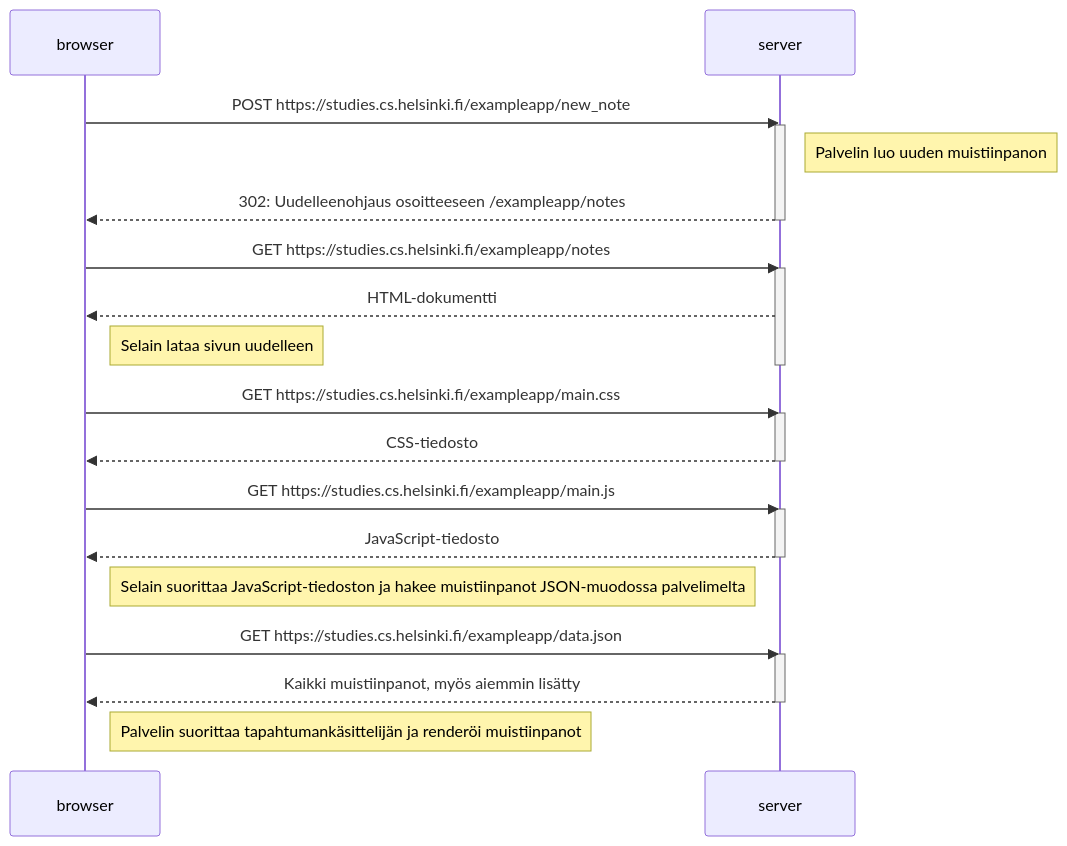
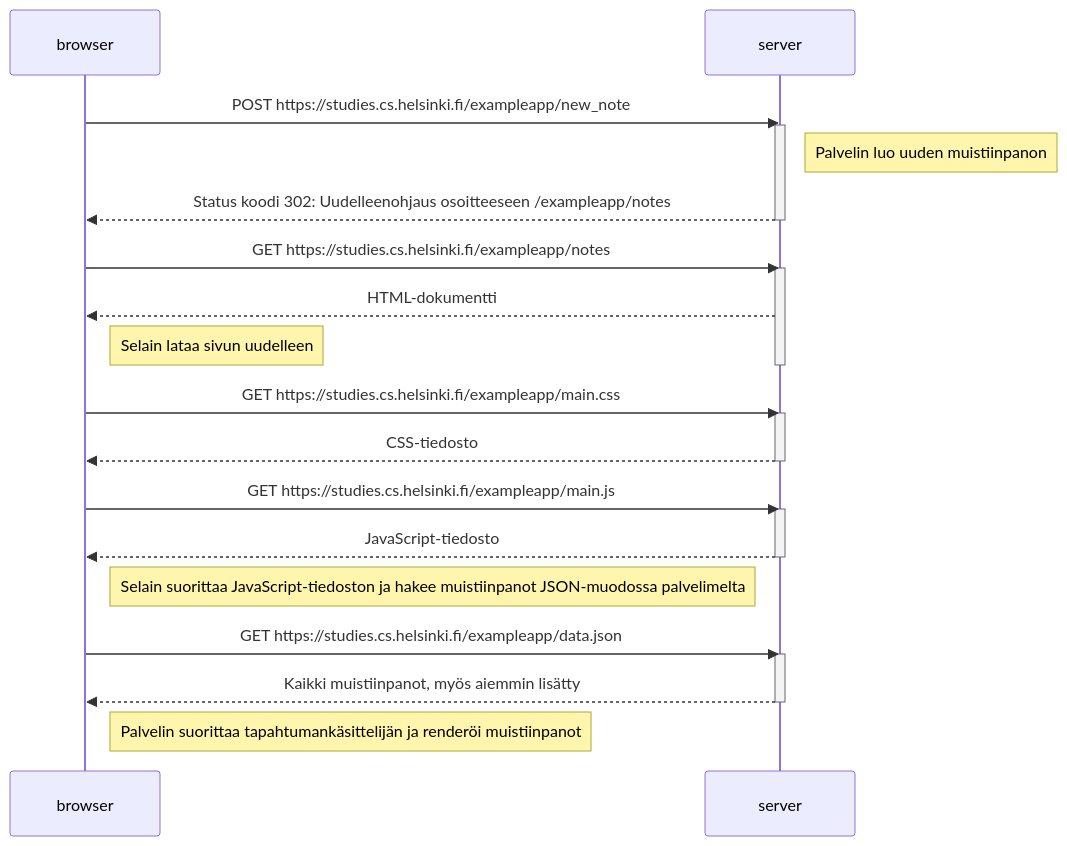
One commit to hjeronen/FullStackOpen changed the diagram in osa0/tehtava04.md. Above: the diagram before and after it, drawn with Mermaid.

Commit message:
Tehtävä 0.4

````diff
--- a/osa0/tehtava04.md
+++ b/osa0/tehtava04.md
@@ -5,36 +5,36 @@
 ```mermaid
 sequenceDiagram
     participant browser
     participant server
     
     browser->>server: POST https://studies.cs.helsinki.fi/exampleapp/new_note
     activate server
     Note right of server: Palvelin luo uuden muistiinpanon
-    server-->>browser: 302: Uudelleenohjaus osoitteeseen /exampleapp/notes
+    server-->>browser: Status koodi 302: Uudelleenohjaus osoitteeseen /exampleapp/notes
     deactivate server
 
     browser->>server: GET https://studies.cs.helsinki.fi/exampleapp/notes
     activate server
     server-->>browser: HTML-dokumentti
     Note right of browser: Selain lataa sivun uudelleen
     deactivate server
     
     browser->>server: GET https://studies.cs.helsinki.fi/exampleapp/main.css
     activate server
     server-->>browser: CSS-tiedosto
     deactivate server
     
     browser->>server: GET https://studies.cs.helsinki.fi/exampleapp/main.js
     activate server
     server-->>browser: JavaScript-tiedosto
     deactivate server
     
     Note right of browser: Selain suorittaa JavaScript-tiedoston ja hakee muistiinpanot JSON-muodossa palvelimelta
     
     browser->>server: GET https://studies.cs.helsinki.fi/exampleapp/data.json
     activate server
     server-->>browser: Kaikki muistiinpanot, myös aiemmin lisätty
     deactivate server    
 
     Note right of browser: Palvelin suorittaa tapahtumankäsittelijän ja renderöi muistiinpanot
 ```
````
